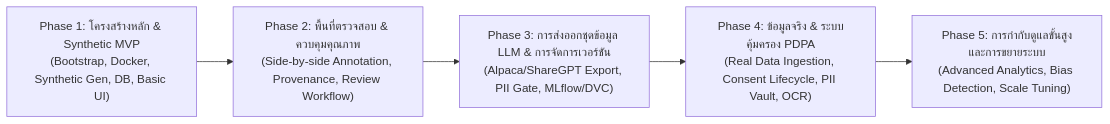
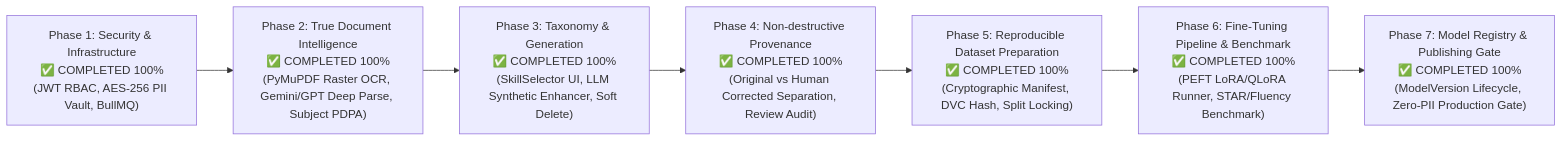
Before and after one commit to Phoomss/interviewx-datahub: the diagram in context/11-ROADMAP.md, drawn with Mermaid. The commit also changed other lines of this file and 49 other files, not shown here.

````diff
--- a/context/11-ROADMAP.md
+++ b/context/11-ROADMAP.md
@@ -9,7 +9,9 @@
 ```mermaid
 flowchart LR
-    Phase1["Phase 1: โครงสร้างหลัก & Synthetic MVP\n(Bootstrap, Docker, Synthetic Gen, DB, Basic UI)"] --> Phase2["Phase 2: พื้นที่ตรวจสอบ & ควบคุมคุณภาพ\n(Side-by-side Annotation, Provenance, Review Workflow)"]
-    Phase2 --> Phase3["Phase 3: การส่งออกชุดข้อมูล LLM & การจัดการเวอร์ชัน\n(Alpaca/ShareGPT Export, PII Gate, MLflow/DVC)"]
-    Phase3 --> Phase4["Phase 4: ข้อมูลจริง & ระบบคุ้มครอง PDPA\n(Real Data Ingestion, Consent Lifecycle, PII Vault, OCR)"]
-    Phase4 --> Phase5["Phase 5: การกำกับดูแลขั้นสูงและการขยายระบบ\n(Advanced Analytics, Bias Detection, Scale Tuning)"]
+    Phase1["Phase 1: Security & Infrastructure\n✅ COMPLETED 100%\n(JWT RBAC, AES-256 PII Vault, BullMQ)"] --> Phase2["Phase 2: True Document Intelligence\n✅ COMPLETED 100%\n(PyMuPDF Raster OCR, Gemini/GPT Deep Parse, Subject PDPA)"]
+    Phase2 --> Phase3["Phase 3: Taxonomy & Generation\n✅ COMPLETED 100%\n(SkillSelector UI, LLM Synthetic Enhancer, Soft Delete)"]
+    Phase3 --> Phase4["Phase 4: Non-destructive Provenance\n✅ COMPLETED 100%\n(Original vs Human Corrected Separation, Review Audit)"]
+    Phase4 --> Phase5["Phase 5: Reproducible Dataset Preparation\n✅ COMPLETED 100%\n(Cryptographic Manifest, DVC Hash, Split Locking)"]
+    Phase5 --> Phase6["Phase 6: Fine-Tuning Pipeline & Benchmark\n✅ COMPLETED 100%\n(PEFT LoRA/QLoRA Runner, STAR/Fluency Benchmark)"]
+    Phase6 --> Phase7["Phase 7: Model Registry & Publishing Gate\n✅ COMPLETED 100%\n(ModelVersion Lifecycle, Zero-PII Production Gate)"]
 ```
````
